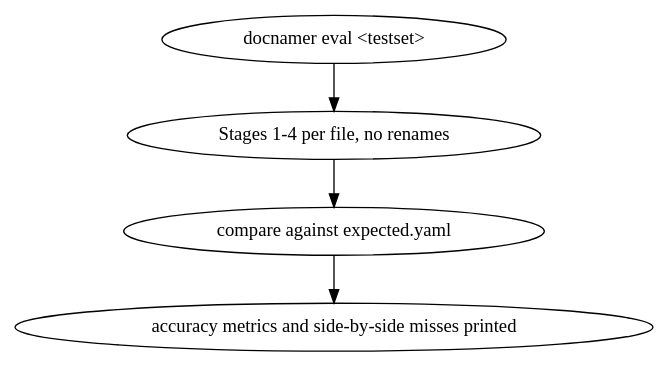
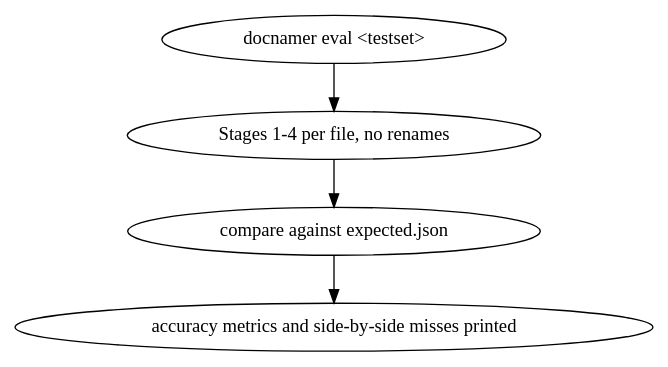
The fourth of 4 diagrams in docs/features/doc-renamer-apply/INTERACTIONS.md (knosey/docnamer), drawn with Graphviz before and after one commit. The commit also changed 11 other files, not shown here.

````diff
--- a/docs/features/doc-renamer-apply/INTERACTIONS.md
+++ b/docs/features/doc-renamer-apply/INTERACTIONS.md
@@ -53,9 +53,9 @@
 ```dot
 digraph I4 {
   entry [label="docnamer eval <testset>"];
   run [label="Stages 1-4 per file, no renames"];
-  score [label="compare against expected.yaml"];
+  score [label="compare against expected.json"];
   outcome [label="accuracy metrics and side-by-side misses printed"];
   entry -> run -> score -> outcome;
 }
 ```
````
